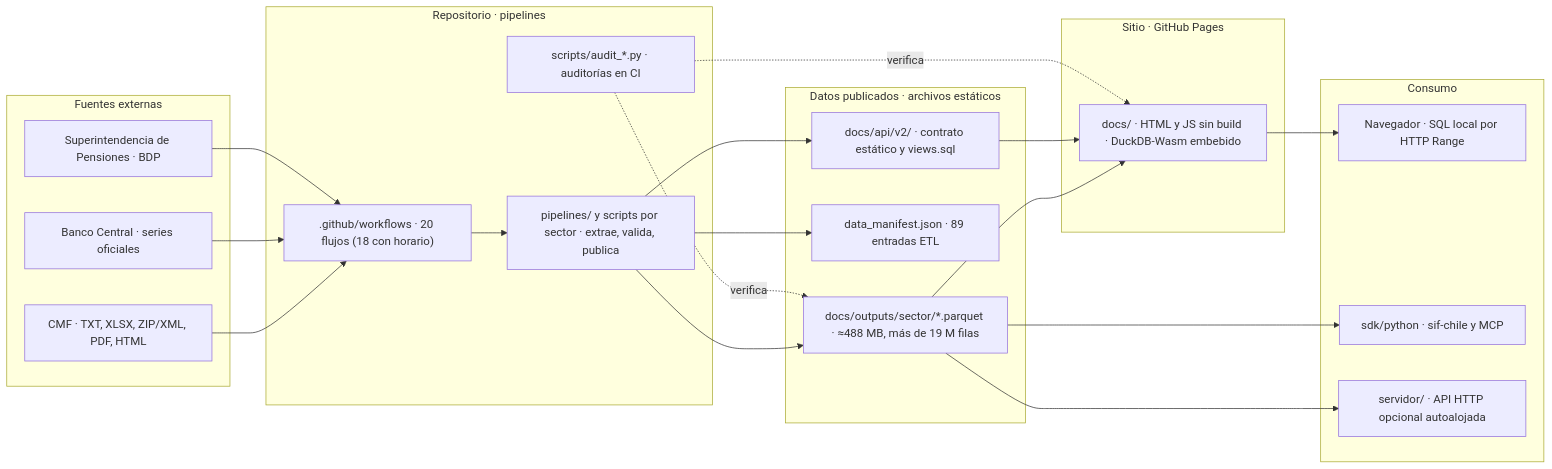
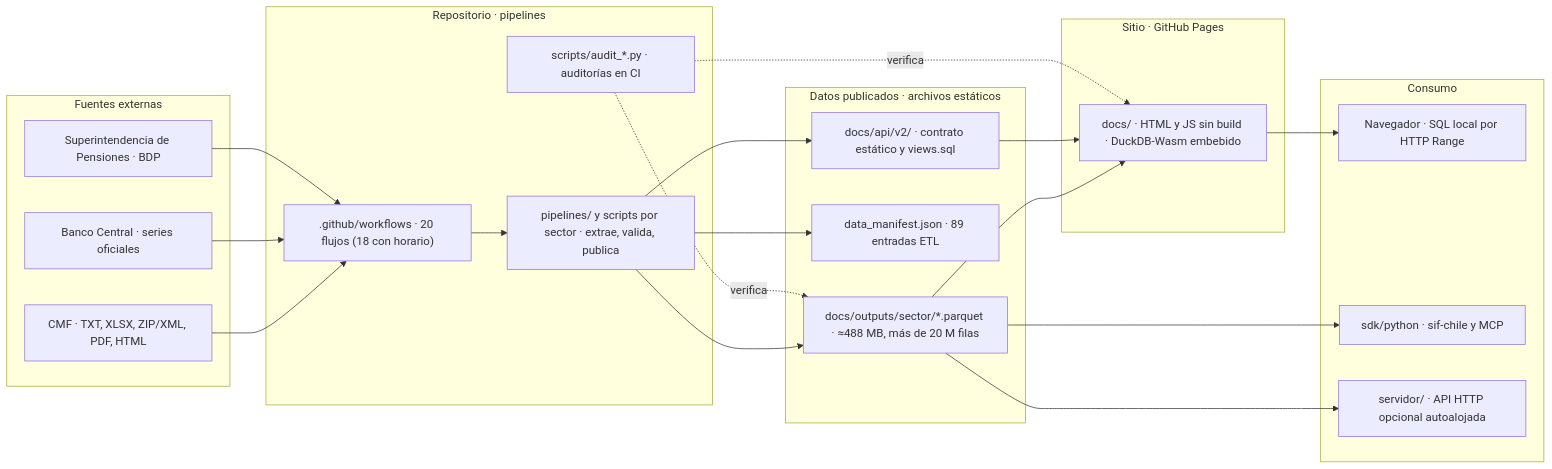
One commit to joaquinignaciomondaca-code/Sistema_de_Informacion_Financiera_de_Chile changed the diagram in README.md. Above: the diagram before and after it, drawn with Mermaid. The commit also changed other lines of this file and 2 other files, not shown here.

````diff
--- a/README.md
+++ b/README.md
@@ -315,45 +315,45 @@
 ```mermaid
 flowchart LR
     subgraph Fuentes["Fuentes externas"]
         CMF["CMF · TXT, XLSX, ZIP/XML, PDF, HTML"]
         BCCH["Banco Central · series oficiales"]
         SP["Superintendencia de Pensiones · BDP"]
     end
 
     subgraph Repo["Repositorio · pipelines"]
         WF[".github/workflows · 20 flujos (18 con horario)"]
         PL["pipelines/ y scripts por sector · extrae, valida, publica"]
         AUD["scripts/audit_*.py · auditorías en CI"]
     end
 
     subgraph Publicado["Datos publicados · archivos estáticos"]
-        PQ["docs/outputs/sector/*.parquet · ≈488 MB, más de 19 M filas"]
+        PQ["docs/outputs/sector/*.parquet · ≈488 MB, más de 20 M filas"]
         MAN["data_manifest.json · 89 entradas ETL"]
         API["docs/api/v2/ · contrato estático y views.sql"]
     end
 
     subgraph Web["Sitio · GitHub Pages"]
         SITE["docs/ · HTML y JS sin build · DuckDB-Wasm embebido"]
     end
 
     subgraph Consumo["Consumo"]
         BROWSER["Navegador · SQL local por HTTP Range"]
         SDK["sdk/python · sif-chile y MCP"]
         SRV["servidor/ · API HTTP opcional autoalojada"]
     end
 
     CMF --> WF
     BCCH --> WF
     SP --> WF
     WF --> PL
     PL --> PQ
     PL --> MAN
     PL --> API
     PQ --> SITE
     API --> SITE
     SITE --> BROWSER
     PQ --> SDK
     PQ --> SRV
     AUD -. verifica .-> PQ
     AUD -. verifica .-> SITE
 ```
````
